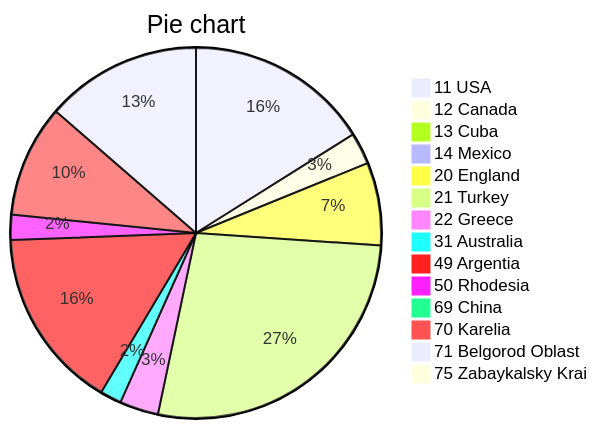
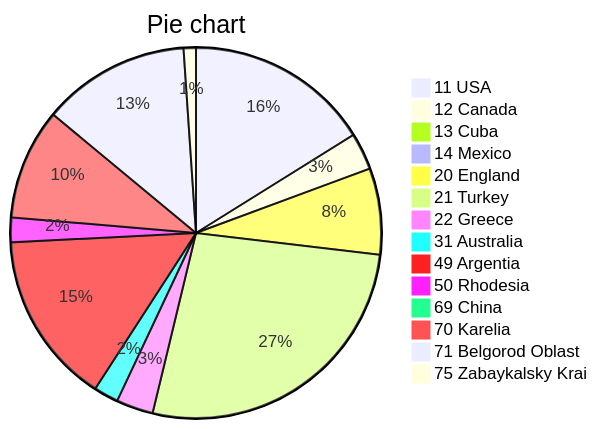
One commit to EvgenyVenalainen/jd-folders-tool changed the diagram in index.md. Above: the diagram before and after it, drawn with Mermaid. The commit also changed other lines of this file and 3 other files, not shown here.

````diff
--- a/index.md
+++ b/index.md
@@ -193,17 +200,18 @@
 ```mermaid
 pie title Pie chart
-"11 USA" : 1500.2
-"12 Canada" : 258.7
-"13 Cuba" : 14.8
-"14 Mexico" : 34.3
-"20 England" : 674.4
-"21 Turkey" : 2539.9
-"22 Greece" : 315.7
-"31 Australia" : 173.8
-"49 Argentia" : 1478.9
-"50 Rhodesia" : 204.4
-"69 China" : 0.6
-"70 Karelia" : 914.4
-"71 Belgorod Oblast" : 1270.5
-"75 Zabaykalsky Krai" : 85.5
+"11 USA" : 1.5
+"12 Canada" : 0.3
+"13 Cuba" : 0.0
+"14 Mexico" : 0.0
+"14 Mexico" : 0.0
+"20 England" : 0.7
+"21 Turkey" : 2.5
+"22 Greece" : 0.3
+"31 Australia" : 0.2
+"49 Argentia" : 1.4
+"50 Rhodesia" : 0.2
+"69 China" : 0.0
+"70 Karelia" : 0.9
+"71 Belgorod Oblast" : 1.2
+"75 Zabaykalsky Krai" : 0.1
 ```
````
